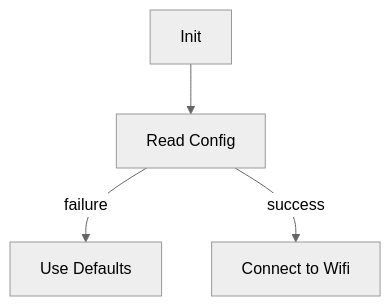
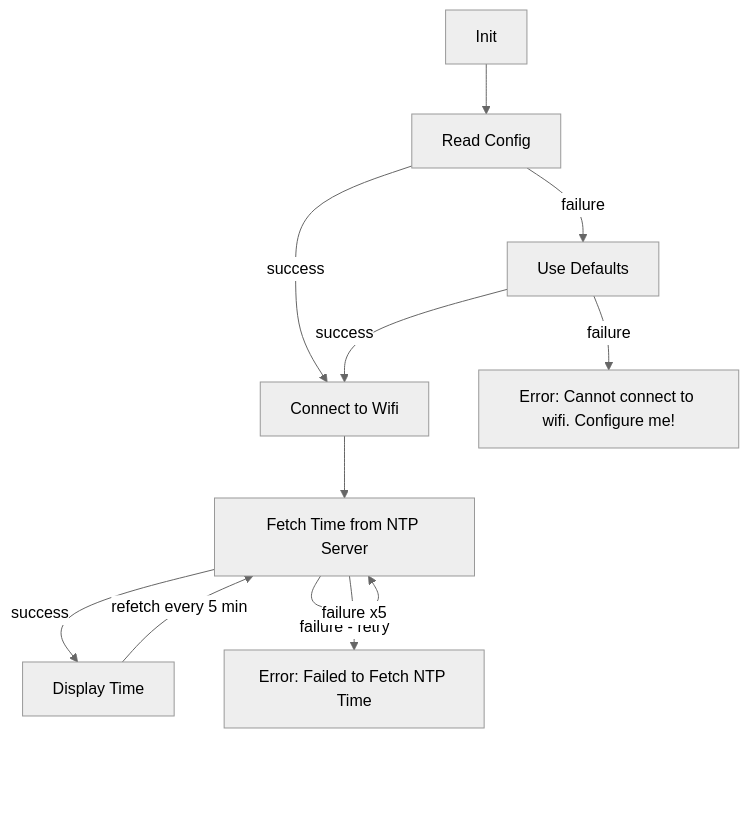
The diagram in DreamTimer/README.md (BKell-Dog/DreamTimer), drawn with Mermaid (neutral theme) before and after one commit.

````diff
--- a/DreamTimer/README.md
+++ b/DreamTimer/README.md
@@ -30,10 +30,22 @@
 ```mermaid
 graph TD
     Init --> ReadConfig
     ReadConfig -->|failure| UseDefaults
     ReadConfig -->|success| ConnectToWifi
+    ConnectToWifi --> FetchNTP
+    FetchNTP -->|success| DisplayTime
+    FetchNTP -->|failure - retry| FetchNTP
+    FetchNTP -->|failure x5| FetchError
+    UseDefaults -->|success| ConnectToWifi
+    UseDefaults -->|failure| CredentialError
+    DisplayTime -->|refetch every 5 min| FetchNTP
 
     ReadConfig[Read Config]
     UseDefaults[Use Defaults]
     ConnectToWifi[Connect to Wifi]
+    FetchNTP[Fetch Time from NTP Server]
+    DisplayTime[Display Time]
+    FetchError[Error: Failed to Fetch NTP Time]
+    CredentialError[Error: Cannot connect to wifi. Configure me!]
+
 ```
````
